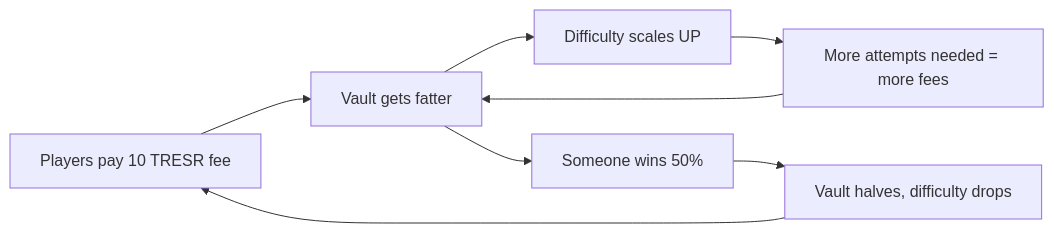
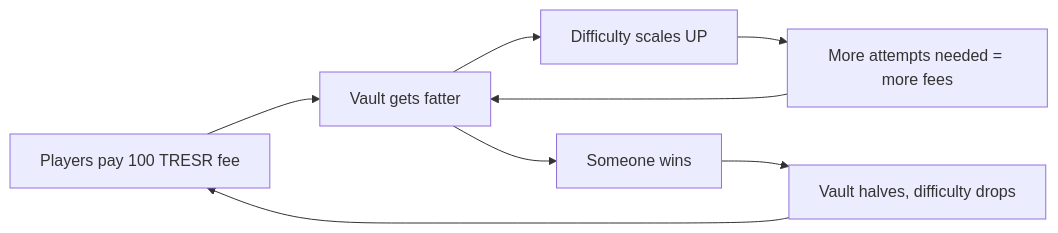
The diagram in docs/fomo.md (tresr-community/tresr-game), drawn with Mermaid before and after one commit. The commit also changed other lines of this file and 98 other files, not shown here.

````diff
--- a/docs/fomo.md
+++ b/docs/fomo.md
@@ -15,10 +17,10 @@
 ```mermaid
 graph LR
-    A[Players pay 10 TRESR fee] --> B[Vault gets fatter]
+    A[Players pay 100 TRESR fee] --> B[Vault gets fatter]
     B --> C[Difficulty scales UP]
     C --> D[More attempts needed = more fees]
     D --> B
-    B --> E[Someone wins 50%]
+    B --> E[Someone wins]
     E --> F[Vault halves, difficulty drops]
     F --> A
 ```
````
